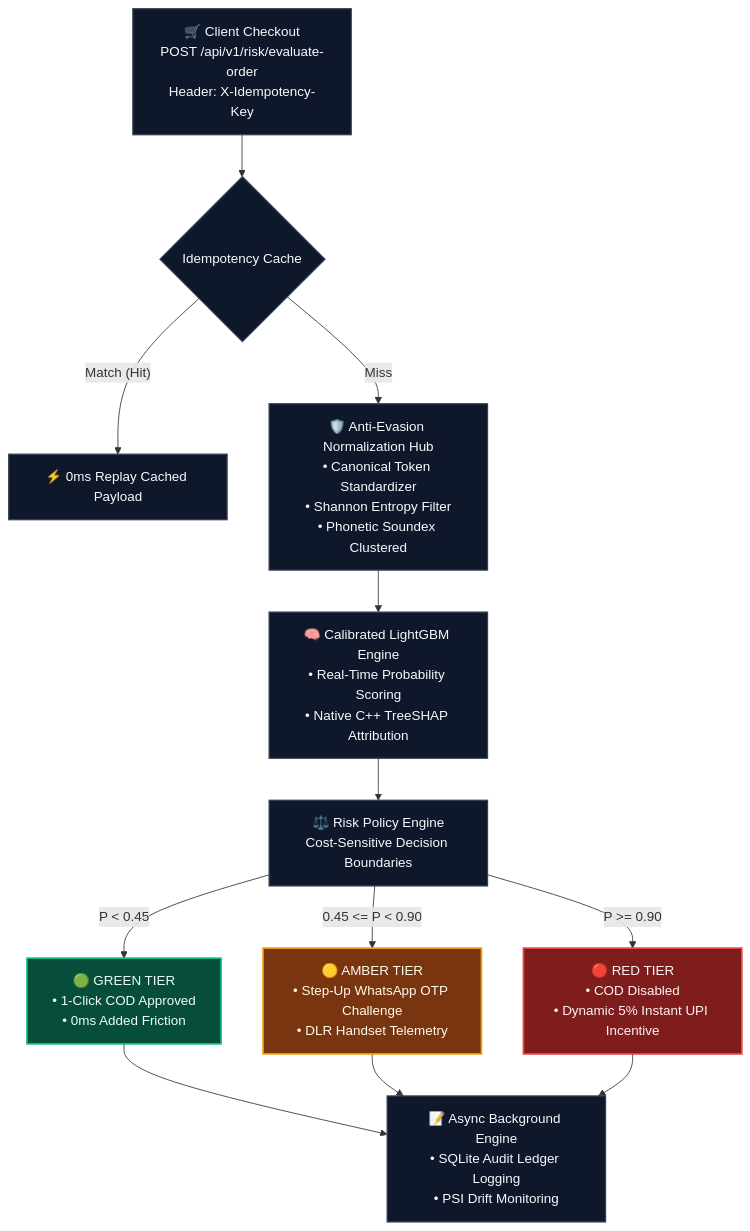
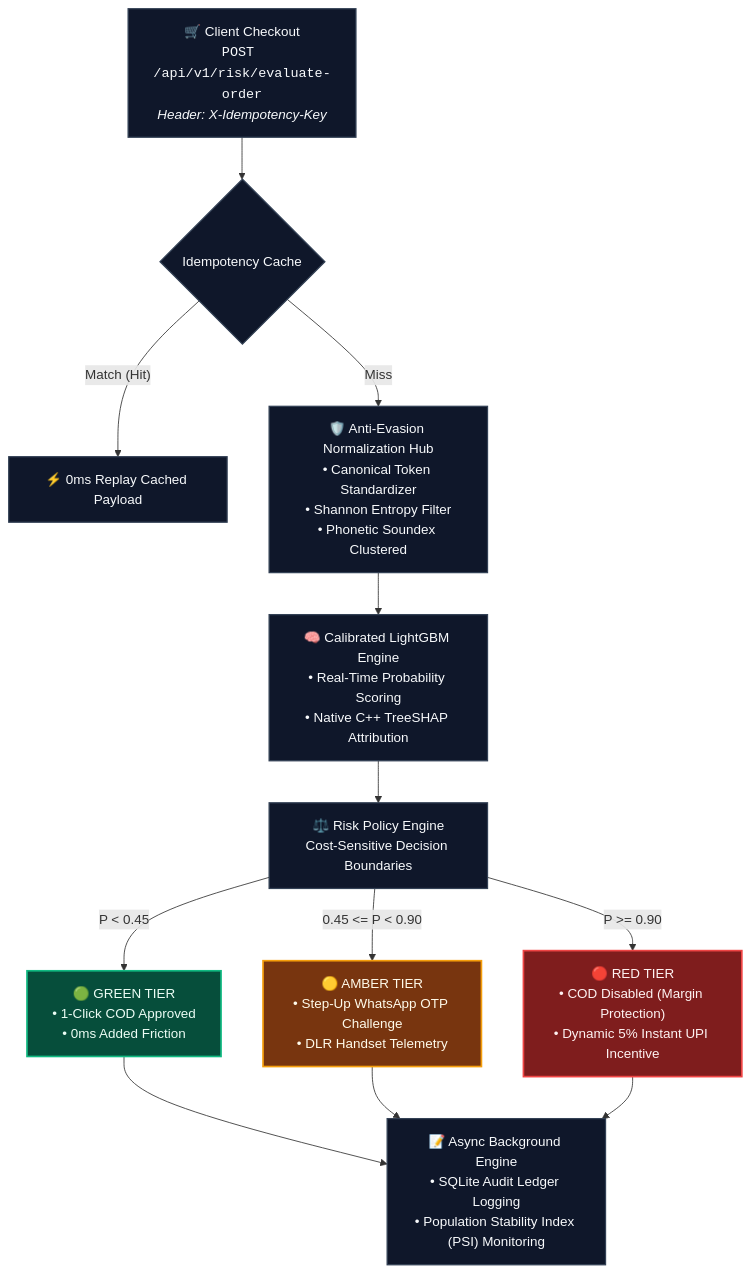
One commit to MR-just01/Sentinel-RTO-Risk-Command-Plane changed the diagram in README.md. Above: the diagram before and after it, drawn with Mermaid. The commit also changed other lines of this file, not shown here.

````diff
--- a/README.md
+++ b/README.md
@@ -35,30 +30,30 @@
 ```mermaid
 flowchart TD
-    A["🛒 Client Checkout<br/>POST /api/v1/risk/evaluate-order<br/>Header: X-Idempotency-Key"] --> B{"Idempotency Cache"}
+    A["🛒 Client Checkout<br/><code>POST /api/v1/risk/evaluate-order</code><br/><i>Header: X-Idempotency-Key</i>"] --> B{"Idempotency Cache"}
 
     B -- "Match (Hit)" --> C["⚡ 0ms Replay Cached Payload"]
     
     B -- "Miss" --> D["🛡️ Anti-Evasion Normalization Hub<br/>• Canonical Token Standardizer<br/>• Shannon Entropy Filter<br/>• Phonetic Soundex Clustered"]
     
     D --> E["🧠 Calibrated LightGBM Engine<br/>• Real-Time Probability Scoring<br/>• Native C++ TreeSHAP Attribution"]
     
     E --> F["⚖️ Risk Policy Engine<br/>Cost-Sensitive Decision Boundaries"]
     
     F -->|P < 0.45| G["🟢 GREEN TIER<br/>• 1-Click COD Approved<br/>• 0ms Added Friction"]
     F -->|0.45 <= P < 0.90| H["🟡 AMBER TIER<br/>• Step-Up WhatsApp OTP Challenge<br/>• DLR Handset Telemetry"]
-    F -->|P >= 0.90| I["🔴 RED TIER<br/>• COD Disabled<br/>• Dynamic 5% Instant UPI Incentive"]
+    F -->|P >= 0.90| I["🔴 RED TIER<br/>• COD Disabled (Margin Protection)<br/>• Dynamic 5% Instant UPI Incentive"]
 
-    G --> J["📝 Async Background Engine<br/>• SQLite Audit Ledger Logging<br/>• PSI Drift Monitoring"]
+    G --> J["📝 Async Background Engine<br/>• SQLite Audit Ledger Logging<br/>• Population Stability Index (PSI) Monitoring"]
     H --> J
     I --> J
 
     classDef green fill:#064e3b,stroke:#10b981,stroke-width:2px,color:#ecfdf5;
     classDef amber fill:#78350f,stroke:#f59e0b,stroke-width:2px,color:#fffbeb;
     classDef red fill:#7f1d1d,stroke:#ef4444,stroke-width:2px,color:#fef2f2;
     classDef neutral fill:#0f172a,stroke:#334155,stroke-width:1.5px,color:#f8fafc;
 
     class G green;
     class H amber;
     class I red;
     class A,B,C,D,E,F,J neutral;
-```
+   ```
````
